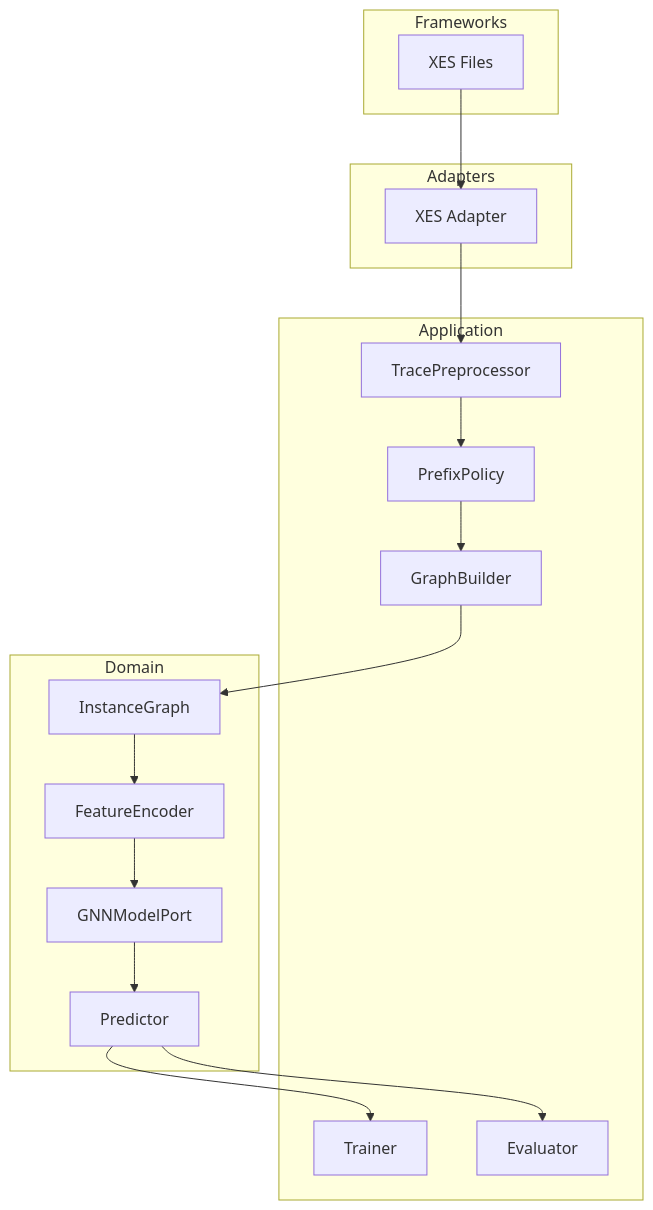
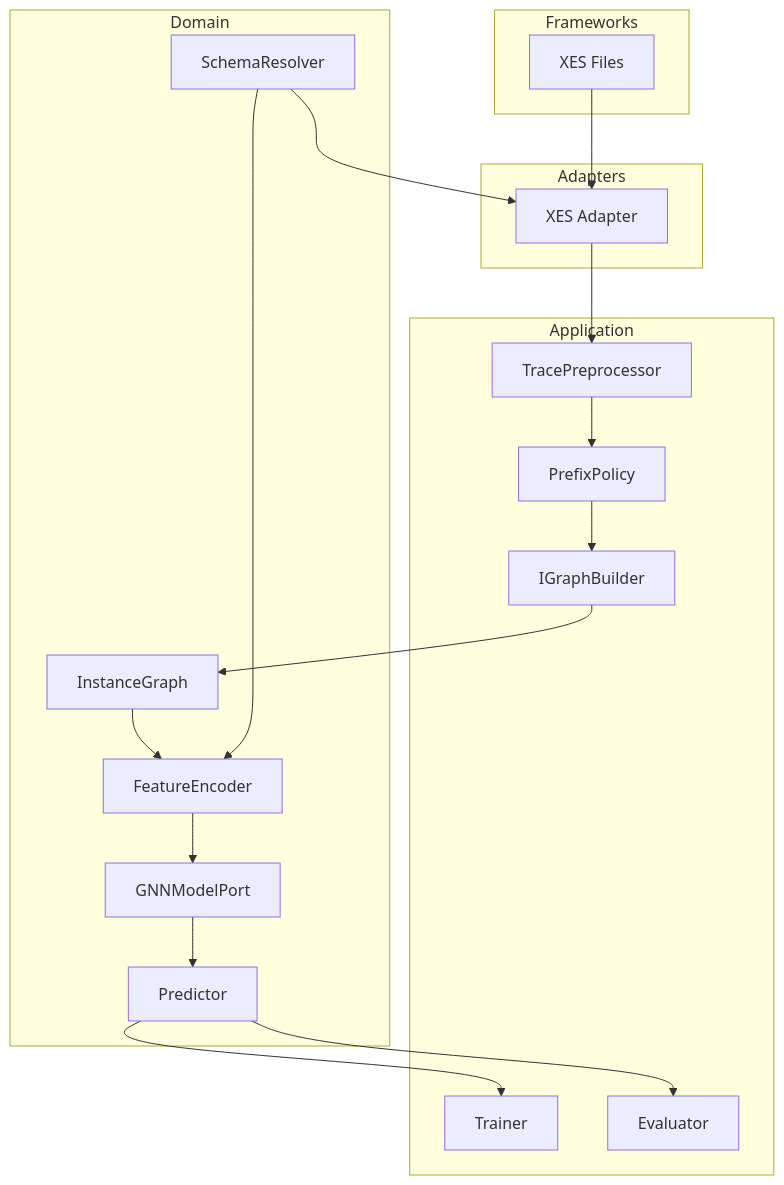
Before and after one commit to ghsrg/bpm_prediction: the first of 5 diagrams in ARCHITECTURE_MVP1.MD, drawn with Mermaid. The commit also changed other lines of this file and 20 other files, not shown here.

Commit message:
docs: restore key mermaid schemas in architecture, flows, and data model

````diff
--- a/ARCHITECTURE_MVP1.MD
+++ b/ARCHITECTURE_MVP1.MD
@@ -58,37 +21,39 @@
 ```mermaid
 flowchart TB
     subgraph Frameworks
         XES[XES Files]
     end
 
     subgraph Adapters
         XESAdapter[XES Adapter]
     end
 
     subgraph Application
         TracePreprocessor[TracePreprocessor]
         PrefixPolicy[PrefixPolicy]
-        GraphBuilder[GraphBuilder]
+        GraphBuilder[IGraphBuilder]
         Trainer[Trainer]
         Evaluator[Evaluator]
     end
 
     subgraph Domain
+        SchemaResolver[SchemaResolver]
         InstanceGraph[InstanceGraph]
         FeatureEncoder[FeatureEncoder]
         GNNModel[GNNModelPort]
         Predictor[Predictor]
     end
 
-    %% Data Flow
     XES --> XESAdapter
     XESAdapter --> TracePreprocessor
     TracePreprocessor --> PrefixPolicy
     PrefixPolicy --> GraphBuilder
     GraphBuilder --> InstanceGraph
     InstanceGraph --> FeatureEncoder
     FeatureEncoder --> GNNModel
+    SchemaResolver --> XESAdapter
+    SchemaResolver --> FeatureEncoder
     GNNModel --> Predictor
     Predictor --> Trainer
     Predictor --> Evaluator
 ```
````
